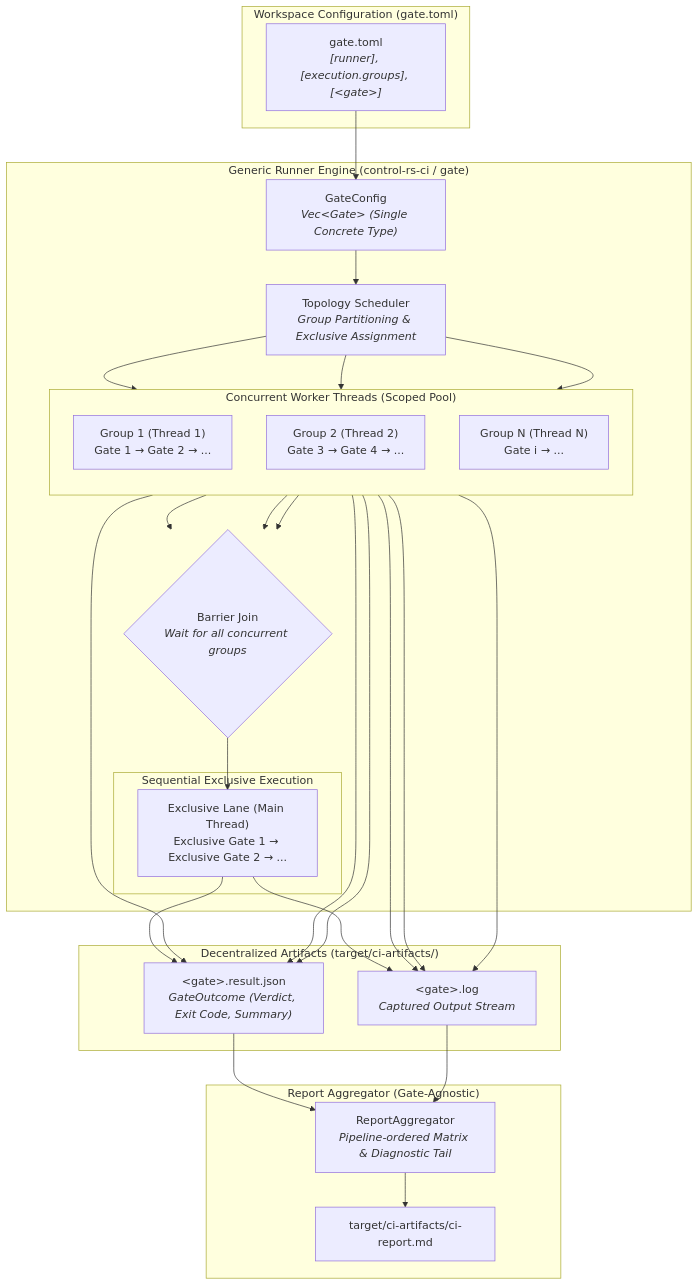
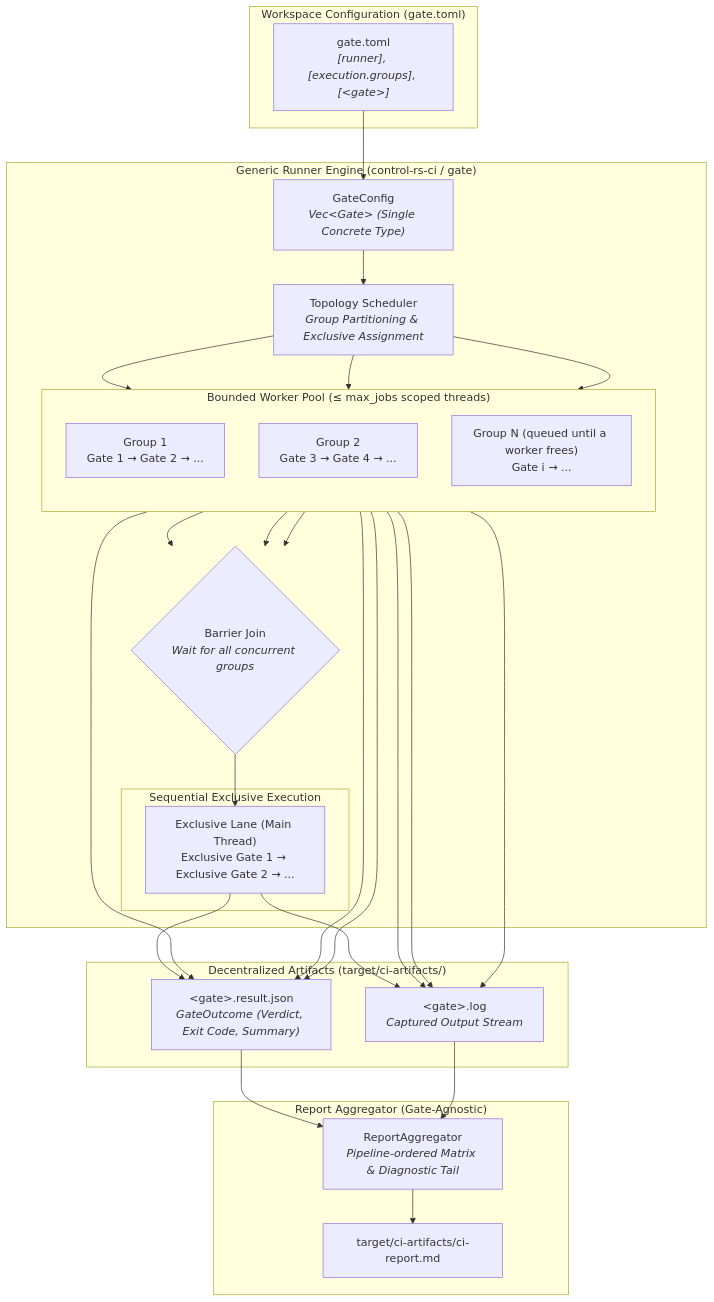
The diagram in documentation/ci/ci-design.md (Dyse-Industries/control-rs), drawn with Mermaid before and after one commit. The commit also changed other lines of this file and 43 other files, not shown here.

````diff
--- a/documentation/ci/ci-design.md
+++ b/documentation/ci/ci-design.md
@@ -60,42 +147,42 @@
 ```mermaid
 flowchart TD
     subgraph Config["Workspace Configuration (gate.toml)"]
         CFG["gate.toml<br/><i>[runner], [execution.groups], [&lt;gate&gt;]</i>"]
     end
 
     subgraph Runner["Generic Runner Engine (control-rs-ci / gate)"]
         GC["GateConfig<br/><i>Vec&lt;Gate&gt; (Single Concrete Type)</i>"]
         SCHED["Topology Scheduler<br/><i>Group Partitioning &amp; Exclusive Assignment</i>"]
-        
-        subgraph Groups["Concurrent Worker Threads (Scoped Pool)"]
+
+        subgraph Groups["Bounded Worker Pool (≤ max_jobs scoped threads)"]
             direction TB
-            G1["Group 1 (Thread 1)<br/>Gate 1 → Gate 2 → ..."]
-            G2["Group 2 (Thread 2)<br/>Gate 3 → Gate 4 → ..."]
-            GN["Group N (Thread N)<br/>Gate i → ..."]
+            G1["Group 1<br/>Gate 1 → Gate 2 → ..."]
+            G2["Group 2<br/>Gate 3 → Gate 4 → ..."]
+            GN["Group N (queued until a worker frees)<br/>Gate i → ..."]
         end
-        
+
         BARRIER{"Barrier Join<br/><i>Wait for all concurrent groups</i>"}
-        
+
         subgraph Exclusive["Sequential Exclusive Execution"]
             EX["Exclusive Lane (Main Thread)<br/>Exclusive Gate 1 → Exclusive Gate 2 → ..."]
         end
     end
 
     subgraph Artifacts["Decentralized Artifacts (target/ci-artifacts/)"]
         RES["&lt;gate&gt;.result.json<br/><i>GateOutcome (Verdict, Exit Code, Summary)</i>"]
         LOG["&lt;gate&gt;.log<br/><i>Captured Output Stream</i>"]
     end
 
     subgraph Reporting["Report Aggregator (Gate-Agnostic)"]
         AGG["ReportAggregator<br/><i>Pipeline-ordered Matrix &amp; Diagnostic Tail</i>"]
         MD["target/ci-artifacts/ci-report.md"]
     end
 
     CFG --> GC --> SCHED
     SCHED --> G1 & G2 & GN
     G1 & G2 & GN --> BARRIER
     BARRIER --> EX
     G1 & G2 & GN --> RES & LOG
     EX --> RES & LOG
     RES & LOG --> AGG --> MD
 ```
````
